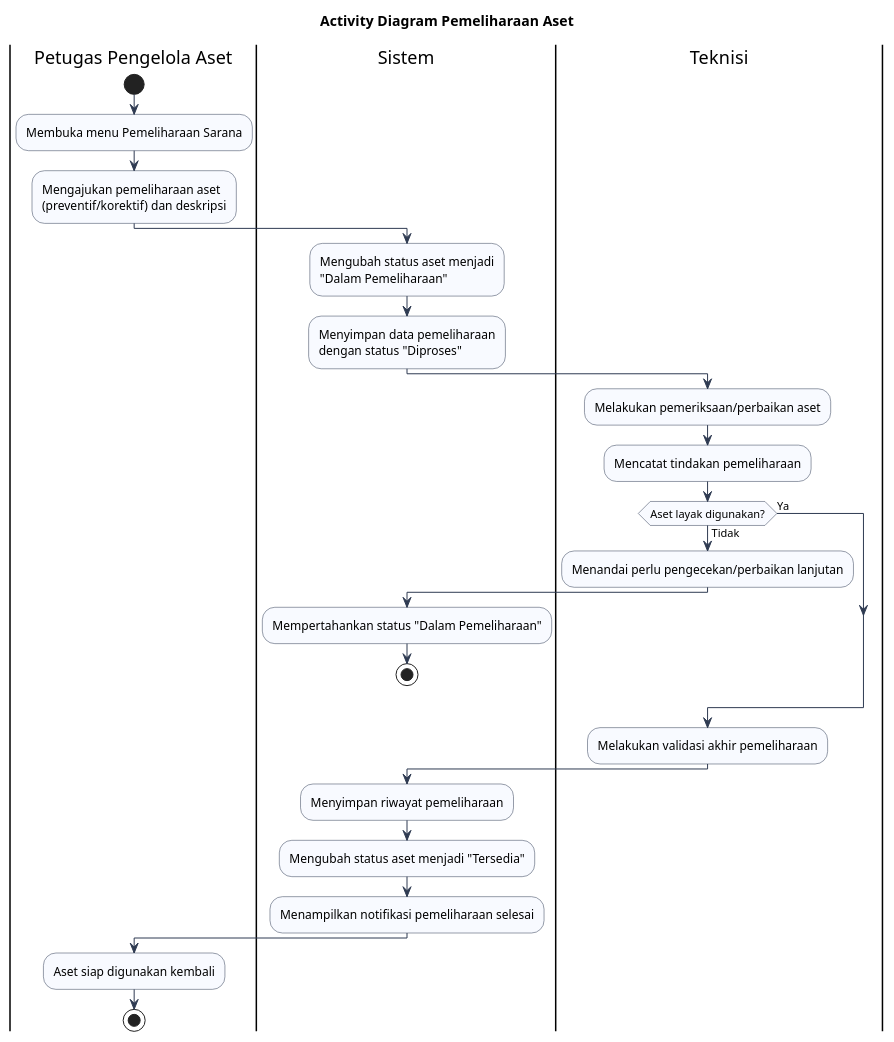
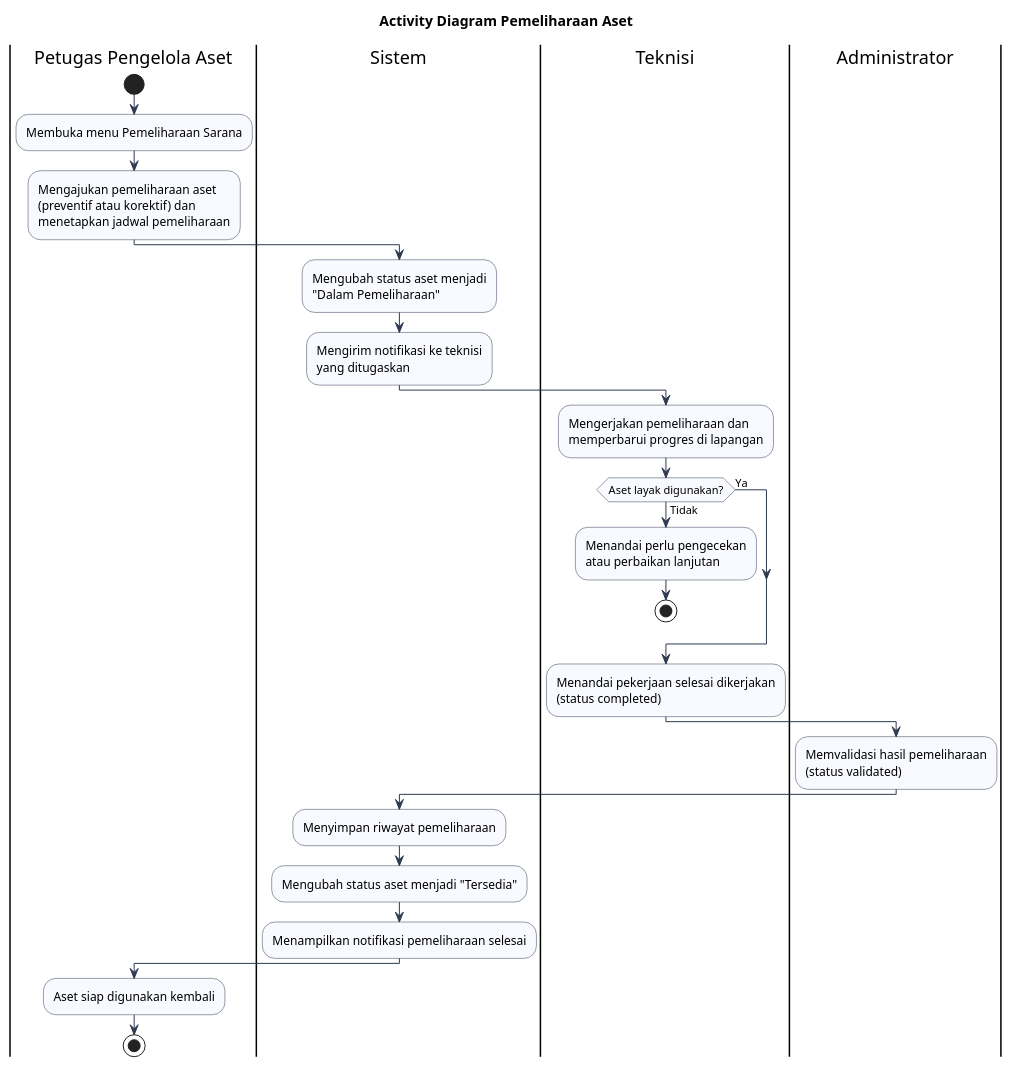
Before and after one commit to Abdlhsnu17/sipena.apps: the diagram in docs/activity/3.11-pemeliharaan.puml, drawn with PlantUML. The commit also changed 2 other files, not shown here.

Commit message:
docs: tambah deskripsi 12 activity diagram dan selaraskan diagram pemeliharaan
Menambahkan deskripsi Fungsi/Alur/Tujuan untuk 12 modul. Menyesuaikan
activity diagram pemeliharaan agar validasi akhir dilakukan administrator
dan menambahkan notifikasi ke teknisi, konsisten dengan deskripsi.

```diff
--- a/docs/activity/3.11-pemeliharaan.puml
+++ b/docs/activity/3.11-pemeliharaan.puml
@@ -1,46 +1,49 @@
 @startuml
 title Activity Diagram Pemeliharaan Aset
 skinparam shadowing false
 skinparam activity {
   BackgroundColor #F8FAFF
   BorderColor #2F3B52
   ArrowColor #2F3B52
   DiamondBackgroundColor #F8FAFF
   DiamondBorderColor #2F3B52
 }
 
 |Petugas Pengelola Aset|
 start
 :Membuka menu Pemeliharaan Sarana;
 :Mengajukan pemeliharaan aset
-(preventif/korektif) dan deskripsi;
+(preventif atau korektif) dan
+menetapkan jadwal pemeliharaan;
 
 |Sistem|
 :Mengubah status aset menjadi
 "Dalam Pemeliharaan";
-:Menyimpan data pemeliharaan
-dengan status "Diproses";
+:Mengirim notifikasi ke teknisi
+yang ditugaskan;
 
 |Teknisi|
-:Melakukan pemeriksaan/perbaikan aset;
-:Mencatat tindakan pemeliharaan;
+:Mengerjakan pemeliharaan dan
+memperbarui progres di lapangan;
 if (Aset layak digunakan?) then (Tidak)
-  :Menandai perlu pengecekan/perbaikan lanjutan;
-  |Sistem|
-  :Mempertahankan status "Dalam Pemeliharaan";
+  :Menandai perlu pengecekan
+  atau perbaikan lanjutan;
   stop
 else (Ya)
 endif
+:Menandai pekerjaan selesai dikerjakan
+(status completed);
 
-|Teknisi|
-:Melakukan validasi akhir pemeliharaan;
+|Administrator|
+:Memvalidasi hasil pemeliharaan
+(status validated);
 
 |Sistem|
 :Menyimpan riwayat pemeliharaan;
 :Mengubah status aset menjadi "Tersedia";
 :Menampilkan notifikasi pemeliharaan selesai;
 
 |Petugas Pengelola Aset|
 :Aset siap digunakan kembali;
 stop
 @enduml
```
